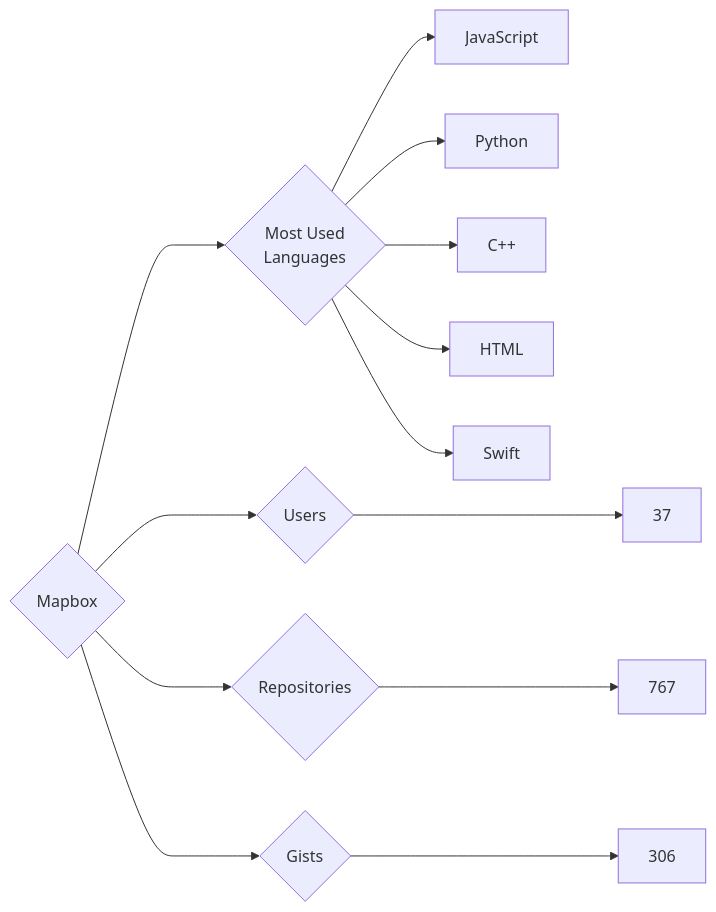
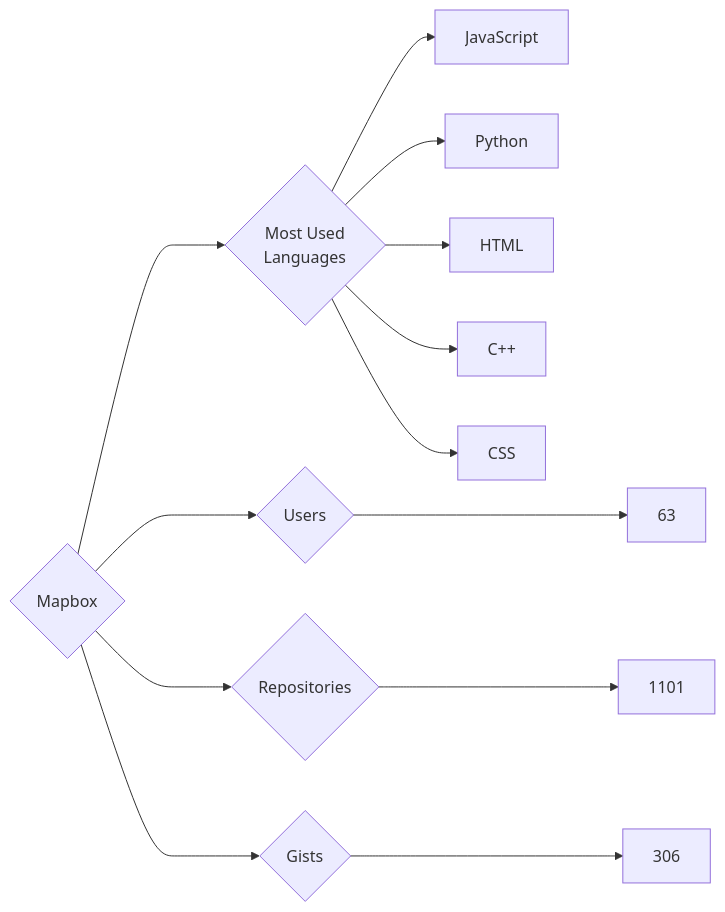
The diagram in targets/Mapbox/README.md (trickest/insiders), drawn with Mermaid before and after one commit. The commit also changed 925 other files, not shown here.

````diff
--- a/targets/Mapbox/README.md
+++ b/targets/Mapbox/README.md
@@ -3,13 +3,13 @@
 ```mermaid
 graph LR
 COMPANY_NAME{Mapbox}
-COMPANY_NAME ---> U{Users} ---> UN[37]
-COMPANY_NAME ---> R{Repositories} ---> RN[767]
+COMPANY_NAME ---> U{Users} ---> UN[63]
+COMPANY_NAME ---> R{Repositories} ---> RN[1101]
 COMPANY_NAME ---> G{Gists} ---> GN[306]
 COMPANY_NAME ---> ML{Most Used<br>Languages}
 ML --> JavaScript[JavaScript]
 ML --> Python[Python]
+ML --> HTML[HTML]
 ML --> C++[C++]
-ML --> HTML[HTML]
-ML --> Swift[Swift]
+ML --> CSS[CSS]
 ```
````
